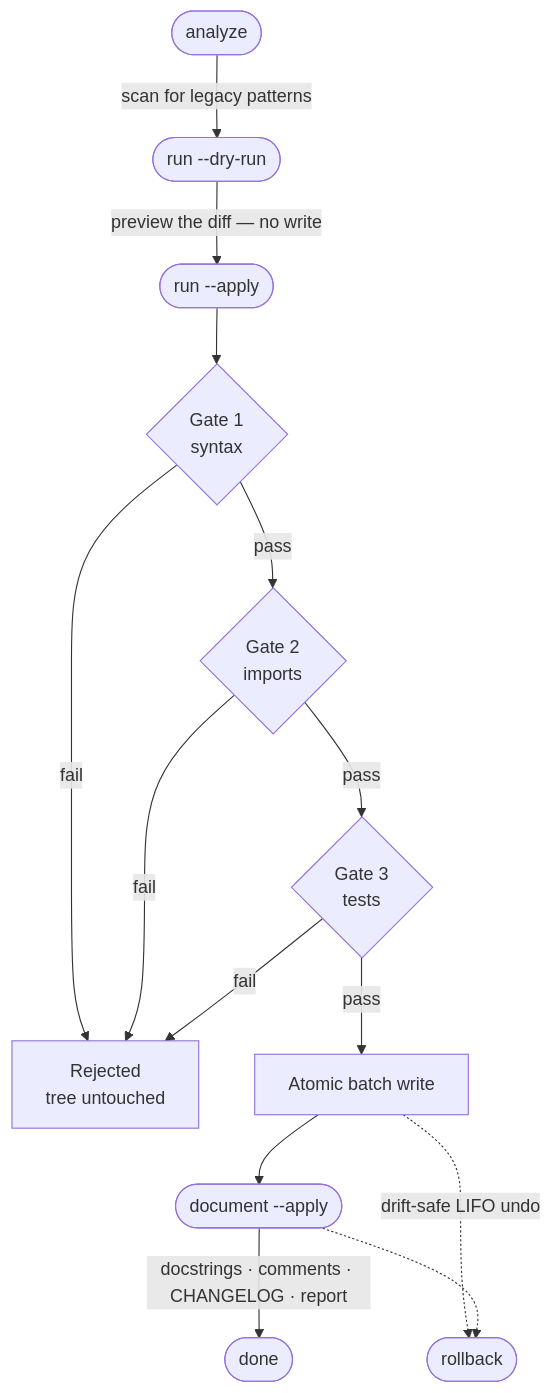
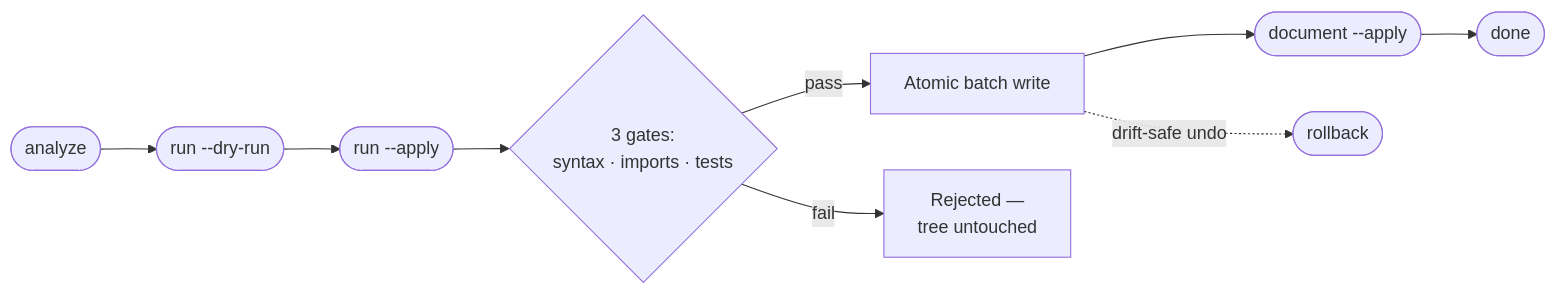
Before and after one commit to Refactron-ai/Refactron_Lib_TS: the diagram in docs/introduction.mdx, drawn with Mermaid.

Commit message:
docs: lay the pipeline diagram out horizontally
Switch the introduction flowchart from TD to LR and collapse the three
gates into one node — the tall vertical layout ran off the page. The
detailed gate-by-gate flowchart still lives on the Safety Model page.

````diff
--- a/docs/introduction.mdx
+++ b/docs/introduction.mdx
@@ -55,16 +55,11 @@
 ```mermaid
-flowchart TD
-  A([analyze]) -->|scan for legacy patterns| B([run --dry-run])
-  B -->|preview the diff — no write| C([run --apply])
-  C --> G1{Gate 1<br/>syntax}
-  G1 -->|pass| G2{Gate 2<br/>imports}
-  G2 -->|pass| G3{Gate 3<br/>tests}
-  G1 -->|fail| R[Rejected<br/>tree untouched]
-  G2 -->|fail| R
-  G3 -->|fail| R
-  G3 -->|pass| W[Atomic batch write]
+flowchart LR
+  A([analyze]) --> B([run --dry-run])
+  B --> C([run --apply])
+  C --> V{"3 gates:<br/>syntax · imports · tests"}
+  V -->|pass| W["Atomic batch write"]
+  V -->|fail| R["Rejected —<br/>tree untouched"]
   W --> D([document --apply])
-  D -->|docstrings · comments · CHANGELOG · report| E([done])
-  W -.->|drift-safe LIFO undo| RB([rollback])
-  D -.-> RB
+  D --> E([done])
+  W -.->|drift-safe undo| RB([rollback])
 ```
````
